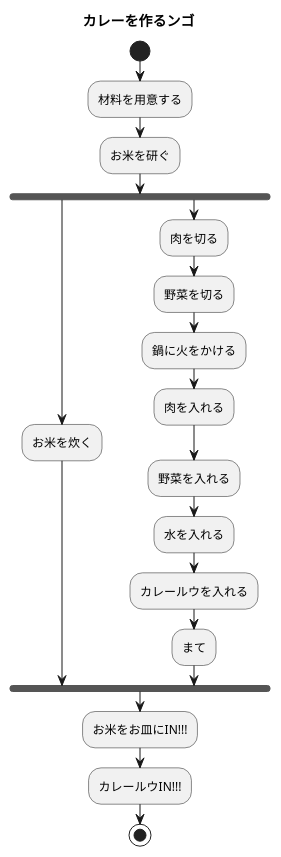
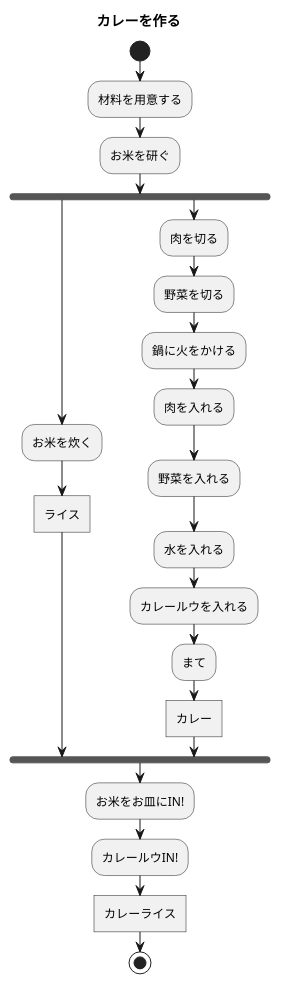
Before and after one commit to tsushima0612/-: the diagram in 7章練習_ACカレーライス.pu, drawn with PlantUML.

Commit message:
提出用

```diff
--- a/7章練習_ACカレーライス.pu
+++ b/7章練習_ACカレーライス.pu
@@ -1,22 +1,25 @@
 @startuml カレー
-Title カレーを作るンゴ
+Title カレーを作る
 start
 :材料を用意する;
 :お米を研ぐ;
 fork
 :お米を炊く;
+:ライス]
 fork again
 :肉を切る;
 :野菜を切る;
 :鍋に火をかける;
 :肉を入れる;
 :野菜を入れる;
 :水を入れる;
 :カレールウを入れる;
 :まて;
+:カレー]
 end fork
-:お米をお皿にIN!!!;
-:カレールウIN!!!;
+:お米をお皿にIN!;
+:カレールウIN!;
+:カレーライス]
 stop
 
 @enduml
```
